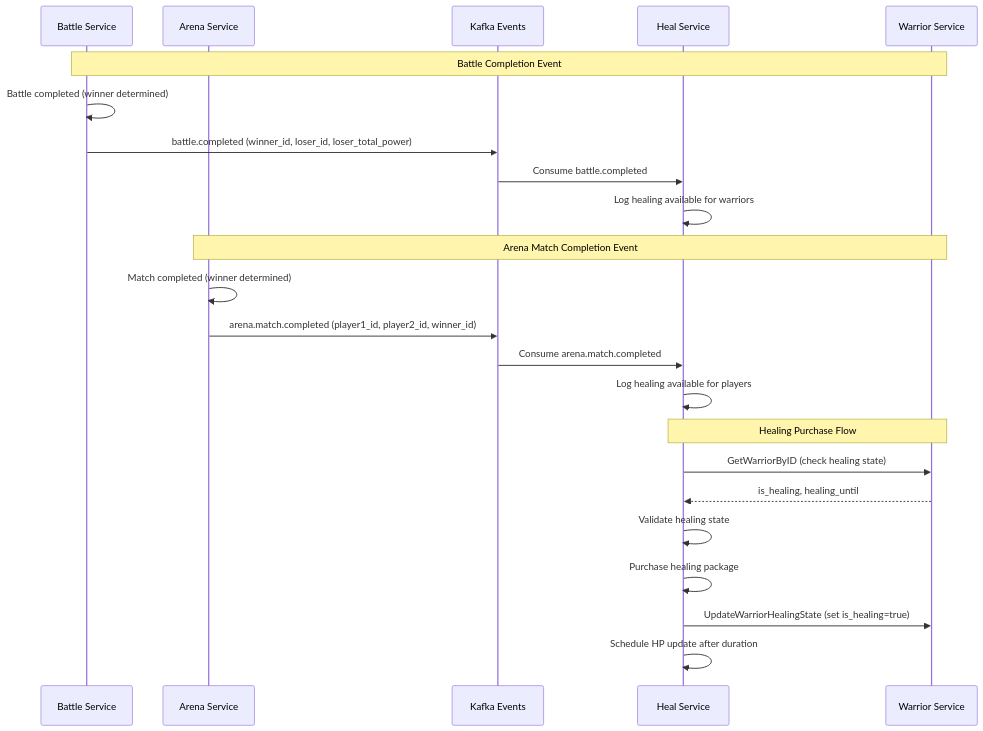
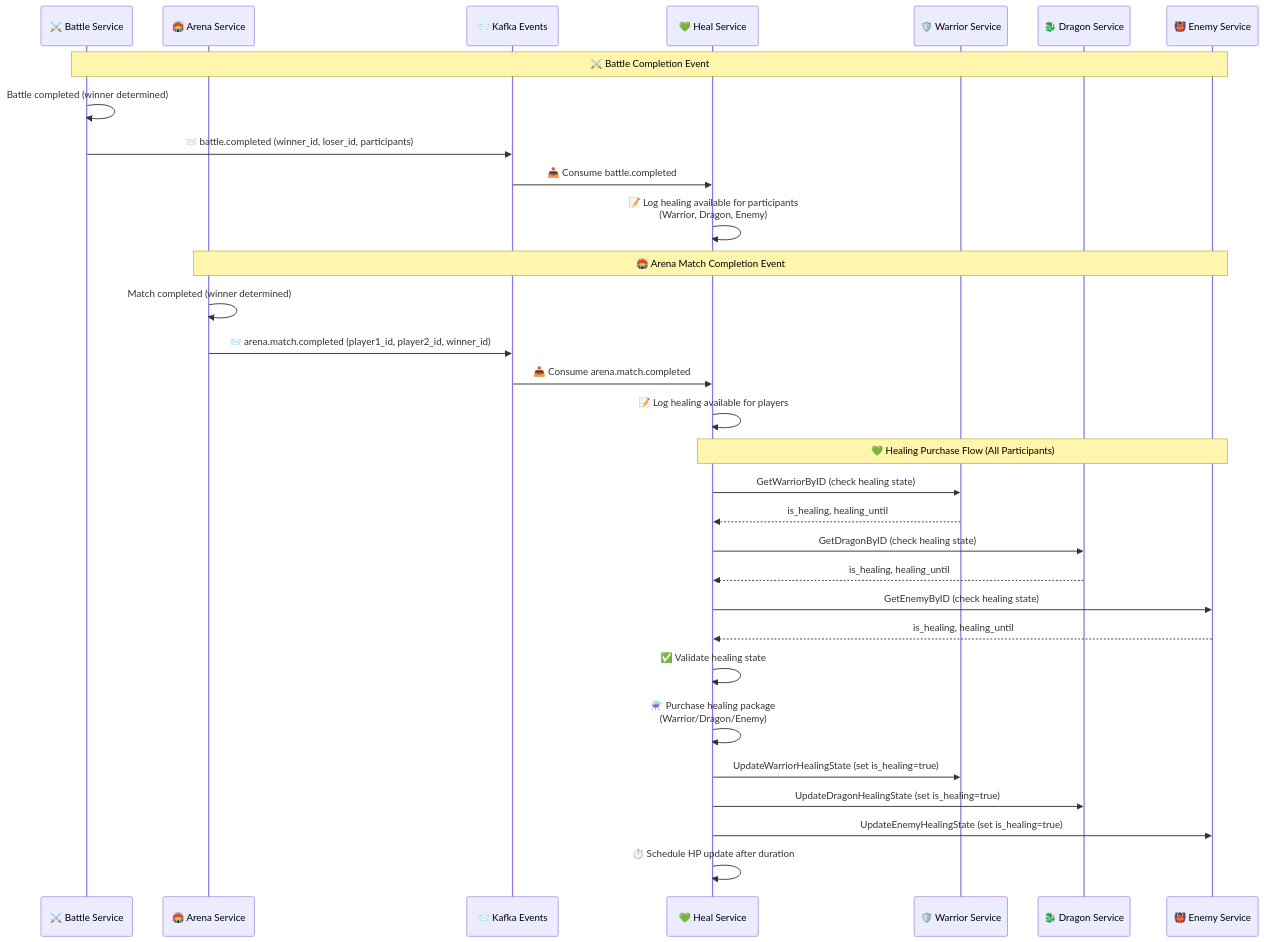
Diagram 27 of 36 in README.md (tiraten-bot/network-sec-micro), drawn with Mermaid before and after one commit.

Commit message:
Update README.md to enhance the sequence diagram with emoji annotations for Battle and Arena Service flows, improving visual clarity. Added Dragon and Enemy participants to the healing process, and refined event notes for better understanding of interactions.

````diff
--- a/README.md
+++ b/README.md
@@ -1464,28 +1464,36 @@
 ```mermaid
 sequenceDiagram
-    participant Battle as Battle Service
-    participant Arena as Arena Service
-    participant Kafka as Kafka Events
-    participant Heal as Heal Service
-    participant Warrior as Warrior Service
+    participant Battle as ⚔️ Battle Service
+    participant Arena as 🏟️ Arena Service
+    participant Kafka as 📨 Kafka Events
+    participant Heal as 💚 Heal Service
+    participant Warrior as 🛡️ Warrior Service
+    participant Dragon as 🐉 Dragon Service
+    participant Enemy as 👹 Enemy Service
     
-    Note over Battle,Warrior: Battle Completion Event
+    Note over Battle,Enemy: ⚔️ Battle Completion Event
     Battle->>Battle: Battle completed (winner determined)
-    Battle->>Kafka: battle.completed (winner_id, loser_id, loser_total_power)
-    Kafka->>Heal: Consume battle.completed
-    Heal->>Heal: Log healing available for warriors
+    Battle->>Kafka: 📨 battle.completed (winner_id, loser_id, participants)
+    Kafka->>Heal: 📥 Consume battle.completed
+    Heal->>Heal: 📝 Log healing available for participants<br/>(Warrior, Dragon, Enemy)
     
-    Note over Arena,Warrior: Arena Match Completion Event
+    Note over Arena,Enemy: 🏟️ Arena Match Completion Event
     Arena->>Arena: Match completed (winner determined)
-    Arena->>Kafka: arena.match.completed (player1_id, player2_id, winner_id)
-    Kafka->>Heal: Consume arena.match.completed
-    Heal->>Heal: Log healing available for players
+    Arena->>Kafka: 📨 arena.match.completed (player1_id, player2_id, winner_id)
+    Kafka->>Heal: 📥 Consume arena.match.completed
+    Heal->>Heal: 📝 Log healing available for players
     
-    Note over Heal,Warrior: Healing Purchase Flow
+    Note over Heal,Enemy: 💚 Healing Purchase Flow (All Participants)
     Heal->>Warrior: GetWarriorByID (check healing state)
     Warrior-->>Heal: is_healing, healing_until
-    Heal->>Heal: Validate healing state
-    Heal->>Heal: Purchase healing package
+    Heal->>Dragon: GetDragonByID (check healing state)
+    Dragon-->>Heal: is_healing, healing_until
+    Heal->>Enemy: GetEnemyByID (check healing state)
+    Enemy-->>Heal: is_healing, healing_until
+    Heal->>Heal: ✅ Validate healing state
+    Heal->>Heal: ⚗️ Purchase healing package<br/>(Warrior/Dragon/Enemy)
     Heal->>Warrior: UpdateWarriorHealingState (set is_healing=true)
-    Heal->>Heal: Schedule HP update after duration
+    Heal->>Dragon: UpdateDragonHealingState (set is_healing=true)
+    Heal->>Enemy: UpdateEnemyHealingState (set is_healing=true)
+    Heal->>Heal: ⏱️ Schedule HP update after duration
 ```
````
